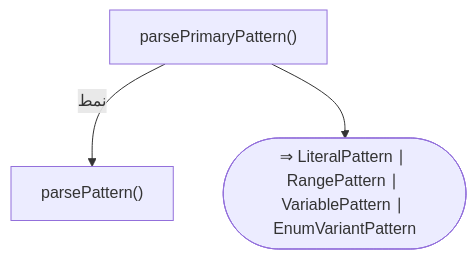
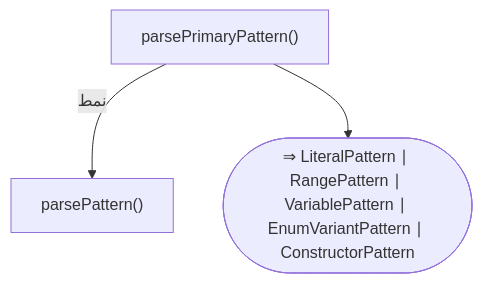
One commit to sadlang/sadlang changed the fourth of 13 diagrams in docs/parser_rule/_generated/50_patterns.md. Above: the diagram before and after it, drawn with Mermaid. The commit also changed other lines of this file and 15 other files, not shown here.

````diff
--- a/docs/parser_rule/_generated/50_patterns.md
+++ b/docs/parser_rule/_generated/50_patterns.md
@@ -150,8 +151,8 @@
 ```mermaid
 flowchart TD
   f1["parsePrimaryPattern()"]
   f2["parsePattern()"]
   f1 -- "نمط" --> f2
-  f3(["⇒ LiteralPattern ∣ RangePattern ∣ VariablePattern ∣ EnumVariantPattern"])
+  f3(["⇒ LiteralPattern ∣ RangePattern ∣ VariablePattern ∣ EnumVariantPattern ∣ ConstructorPattern"])
   f1 --> f3
 ```
````
